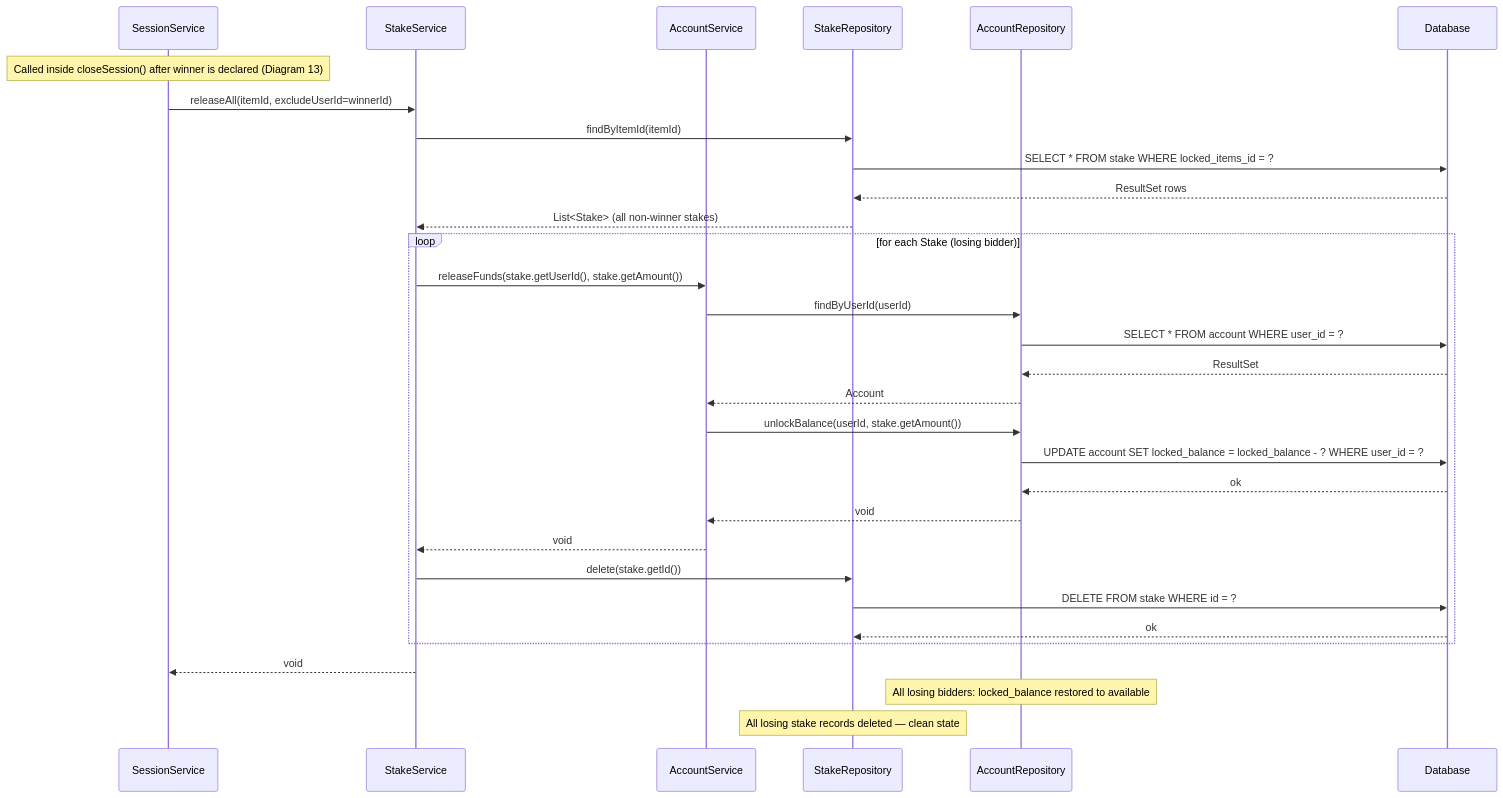
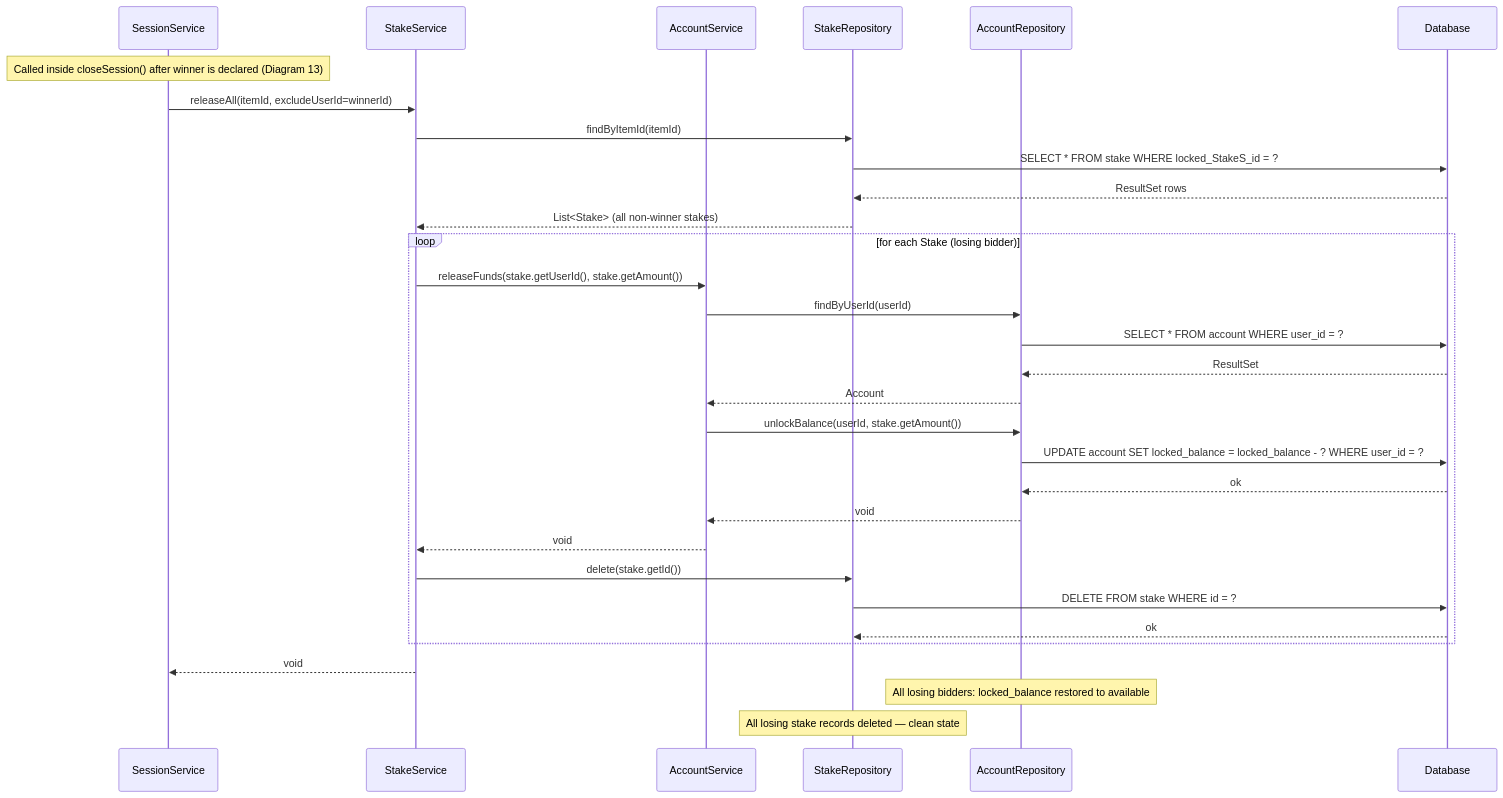
Before and after one commit to dung581/HeThongDauGia: diagram 15 of 16 in docs/SEQUENCE_DIAGRAMS.md, drawn with Mermaid. The commit also changed other lines of this file and 26 other files, not shown here.

````diff
--- a/docs/SEQUENCE_DIAGRAMS.md
+++ b/docs/SEQUENCE_DIAGRAMS.md
@@ -830,42 +830,42 @@
 ```mermaid
 sequenceDiagram
     participant SessSvc as SessionService
     participant StakeSvc as StakeService
     participant AccSvc as AccountService
     participant StakeRepo as StakeRepository
     participant AccRepo as AccountRepository
     participant DB as Database
 
     Note over SessSvc: Called inside closeSession() after winner is declared (Diagram 13)
 
     SessSvc->>StakeSvc: releaseAll(itemId, excludeUserId=winnerId)
 
     StakeSvc->>StakeRepo: findByItemId(itemId)
-    StakeRepo->>DB: SELECT * FROM stake WHERE locked_items_id = ?
+    StakeRepo->>DB: SELECT * FROM stake WHERE locked_StakeS_id = ?
     DB-->>StakeRepo: ResultSet rows
     StakeRepo-->>StakeSvc: List<Stake> (all non-winner stakes)
 
     loop for each Stake (losing bidder)
         StakeSvc->>AccSvc: releaseFunds(stake.getUserId(), stake.getAmount())
 
         AccSvc->>AccRepo: findByUserId(userId)
         AccRepo->>DB: SELECT * FROM account WHERE user_id = ?
         DB-->>AccRepo: ResultSet
         AccRepo-->>AccSvc: Account
 
         AccSvc->>AccRepo: unlockBalance(userId, stake.getAmount())
         AccRepo->>DB: UPDATE account SET locked_balance = locked_balance - ? WHERE user_id = ?
         DB-->>AccRepo: ok
         AccRepo-->>AccSvc: void
         AccSvc-->>StakeSvc: void
 
         StakeSvc->>StakeRepo: delete(stake.getId())
         StakeRepo->>DB: DELETE FROM stake WHERE id = ?
         DB-->>StakeRepo: ok
     end
 
     StakeSvc-->>SessSvc: void
 
     Note over AccRepo: All losing bidders: locked_balance restored to available
     Note over StakeRepo: All losing stake records deleted — clean state
 ```
````
